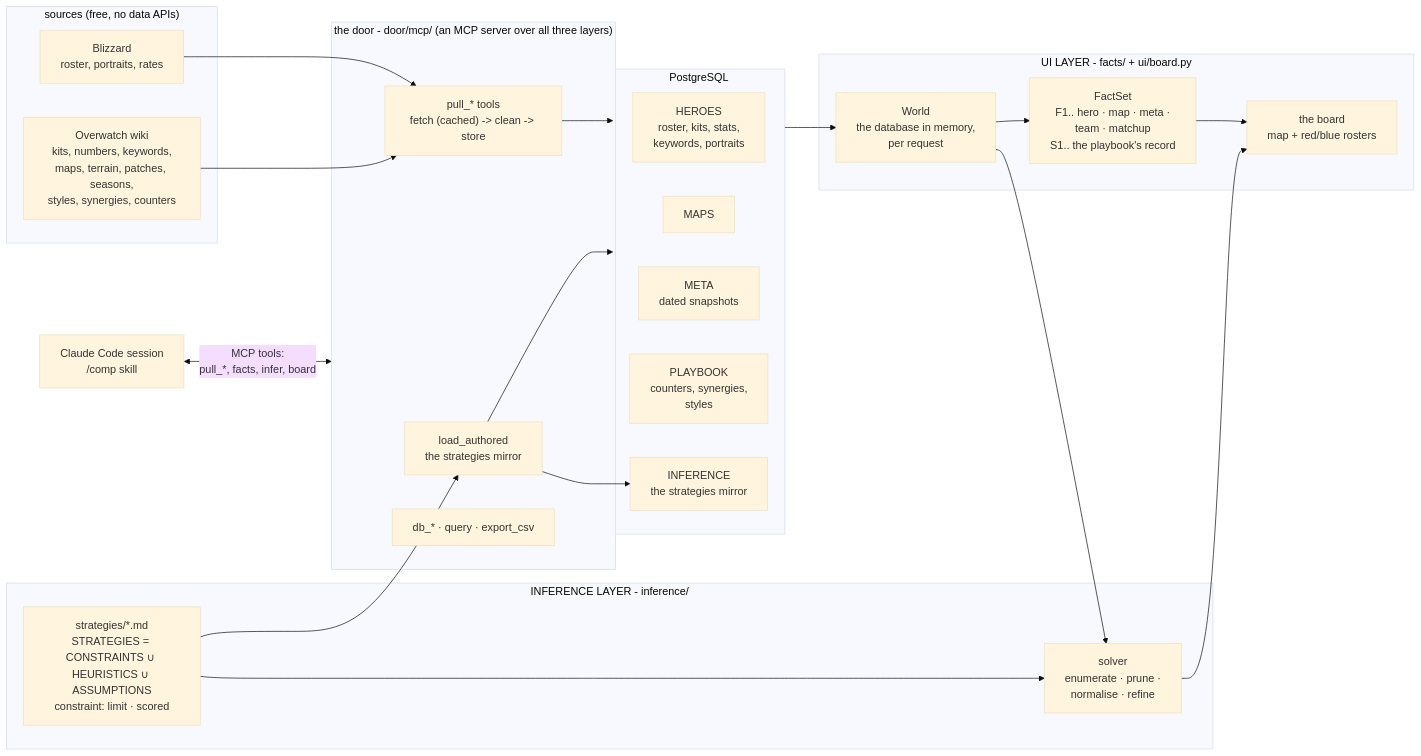
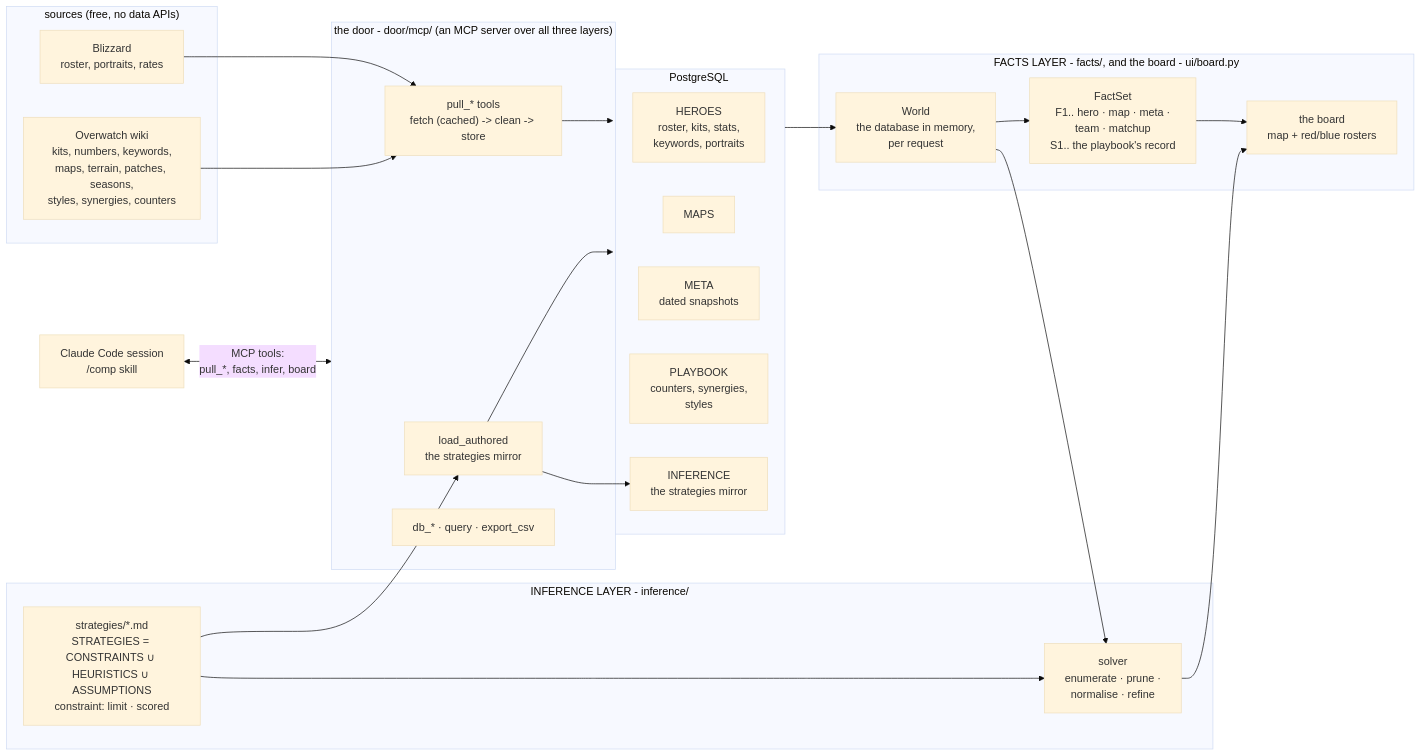
The first of 2 diagrams in docs/architecture.md (mmikol/counter-utility-matrix), drawn with Mermaid (base theme) before and after one commit. The commit also changed other lines of this file and 22 other files, not shown here.

````diff
--- a/docs/architecture.md
+++ b/docs/architecture.md
@@ -39,42 +44,42 @@
 ```mermaid
 flowchart LR
     subgraph SOURCES["sources (free, no data APIs)"]
         BLZ["Blizzard<br/>roster, portraits, rates"]
         WIKI["Overwatch wiki<br/>kits, numbers, keywords,<br/>maps, terrain, patches, seasons,<br/>styles, synergies, counters"]
     end
 
     subgraph DATA["the door - door/mcp/ (an MCP server over all three layers)"]
         PULL["pull_* tools<br/>fetch (cached) -> clean -> store"]
         PLAY["load_authored<br/>the strategies mirror"]
         DBT["db_* · query · export_csv"]
     end
 
     subgraph PG["PostgreSQL"]
         HEROES["HEROES<br/>roster, kits, stats,<br/>keywords, portraits"]
         MAPS["MAPS"]
         META["META<br/>dated snapshots"]
         PLAYBOOK["PLAYBOOK<br/>counters, synergies,<br/>styles"]
         INF["INFERENCE<br/>the strategies mirror"]
     end
 
-    subgraph USER["UI LAYER - facts/ + ui/board.py"]
+    subgraph USER["FACTS LAYER - facts/, and the board - ui/board.py"]
         WORLD["World<br/>the database in memory,<br/>per request"]
         FACTS["FactSet<br/>F1.. hero · map · meta ·<br/>team · matchup<br/>S1.. the playbook's record"]
         BOARD["the board<br/>map + red/blue rosters"]
     end
 
     subgraph INFER["INFERENCE LAYER - inference/"]
         HEUR["strategies/*.md<br/>STRATEGIES = CONSTRAINTS ∪ HEURISTICS ∪ ASSUMPTIONS<br/>constraint: limit · scored"]
         SOLVER["solver<br/>enumerate · prune ·<br/>normalise · refine"]
     end
 
     BLZ & WIKI --> PULL
     HEUR --> PLAY
     PLAY --> INF
     PULL & PLAY --> PG
     PG --> WORLD --> FACTS --> BOARD
     WORLD --> SOLVER
     HEUR --> SOLVER
     SOLVER --> BOARD
     CHAT["Claude Code session<br/>/comp skill"] <-->|"MCP tools:<br/>pull_*, facts, infer, board"| DATA
 ```
````
